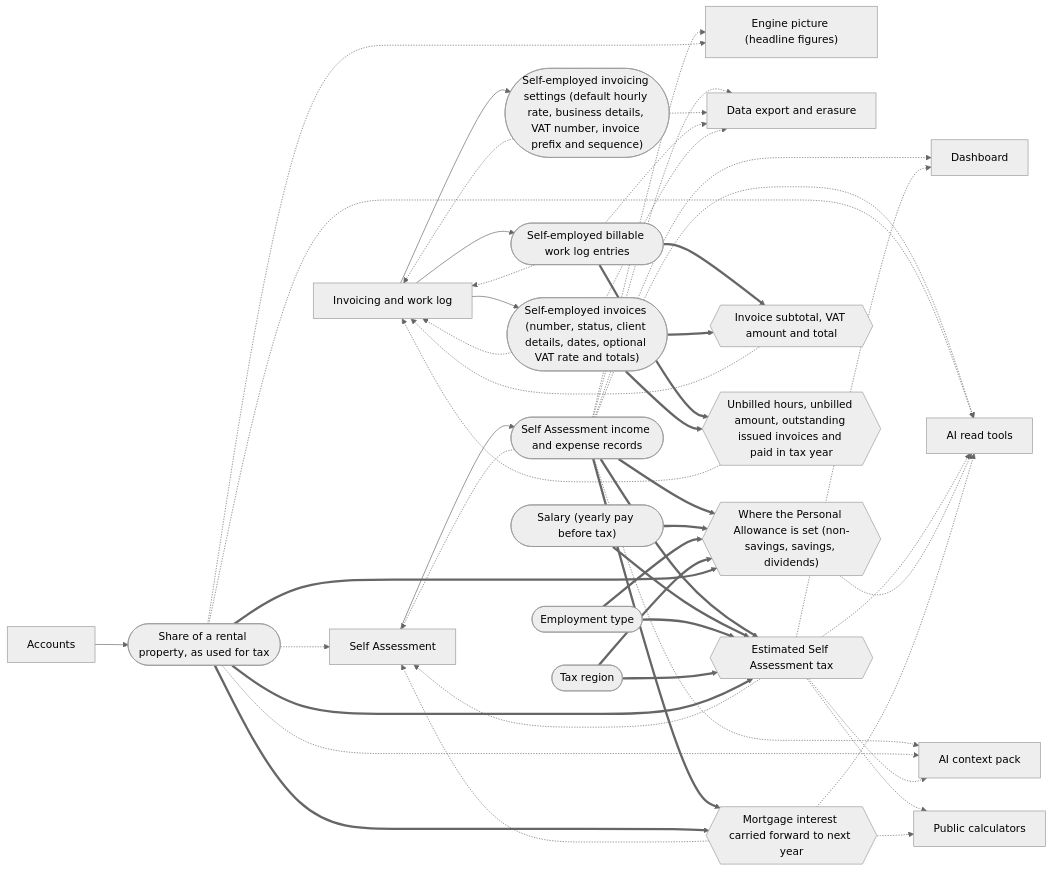
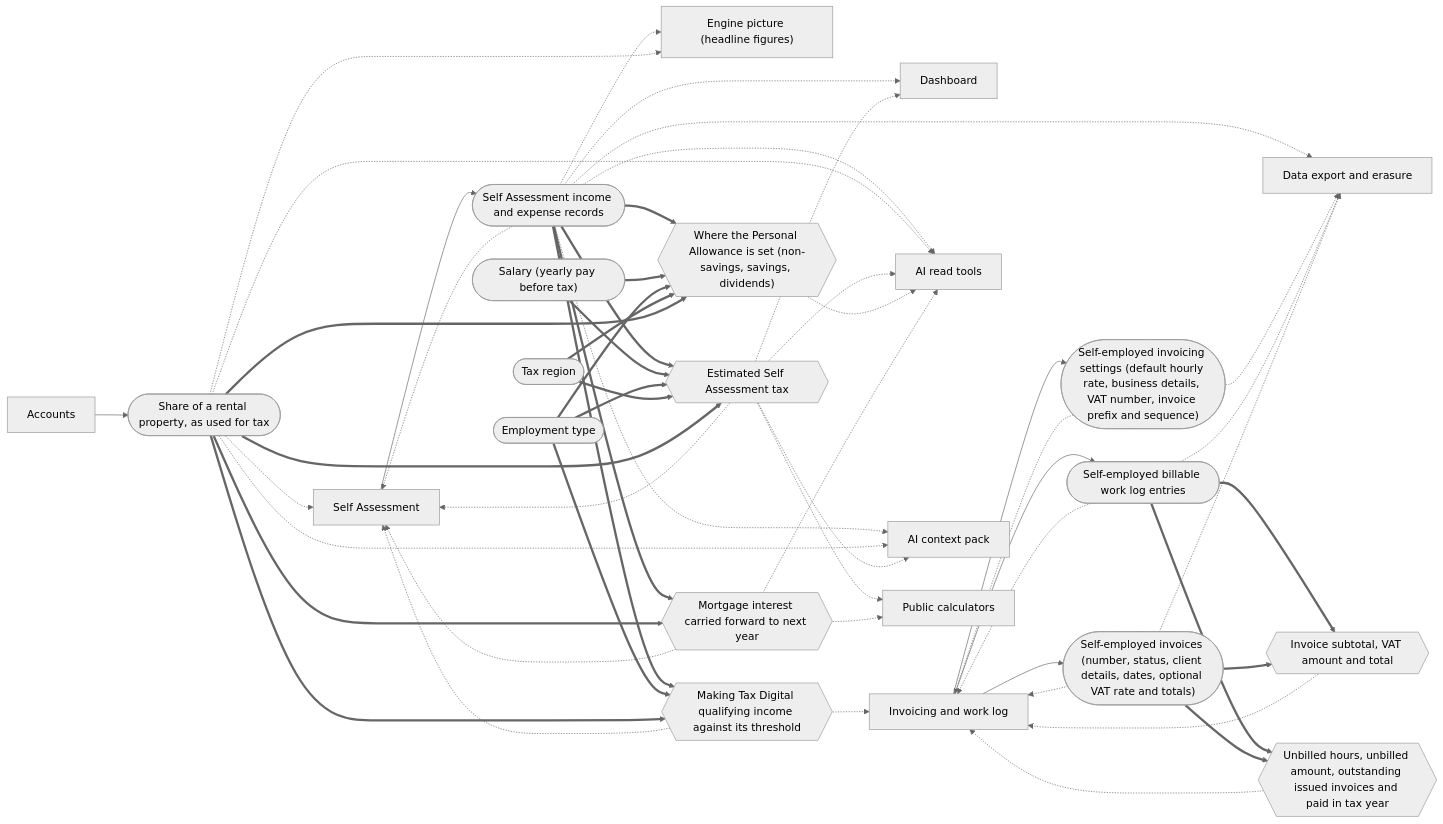
Before and after one commit to mgallagher56/flump: the sixth of 8 diagrams in docs/system/generated/connections.md, drawn with Mermaid (neutral theme). The commit also changed 32 other files, not shown here.

First line of the commit message:
feat(tax): Making Tax Digital notice on Self Assessment and Invoicing (E28 A1, A3)

````diff
--- a/docs/system/generated/connections.md
+++ b/docs/system/generated/connections.md
@@ -486,73 +486,79 @@
 ```mermaid
 flowchart LR
   s_dashboard["Dashboard"]
   s_accounts["Accounts"]
   s_self_assessment["Self Assessment"]
   s_invoicing["Invoicing and work log"]
   s_picture["Engine picture (headline figures)"]
   s_mcp_read["AI read tools"]
   s_context_pack["AI context pack"]
   s_public_tools["Public calculators"]
   s_export["Data export and erasure"]
   f_tax_records(["Self Assessment income and expense records"])
   s_self_assessment --> f_tax_records
   f_tax_records -.-> s_self_assessment
   f_tax_records -.-> s_picture
   f_tax_records -.-> s_dashboard
   f_tax_records -.-> s_mcp_read
   f_tax_records -.-> s_context_pack
   f_tax_records -.-> s_export
   f_rental_share_for_tax(["Share of a rental property, as used for tax"])
   s_accounts --> f_rental_share_for_tax
   f_rental_share_for_tax -.-> s_self_assessment
   f_rental_share_for_tax -.-> s_picture
   f_rental_share_for_tax -.-> s_mcp_read
   f_rental_share_for_tax -.-> s_context_pack
   f_invoicing_settings(["Self-employed invoicing settings (default hourly rate, business details, VAT number, invoice prefix and sequence)"])
   s_invoicing --> f_invoicing_settings
   f_invoicing_settings -.-> s_invoicing
   f_invoicing_settings -.-> s_export
   f_work_log_entries(["Self-employed billable work log entries"])
   s_invoicing --> f_work_log_entries
   f_work_log_entries -.-> s_invoicing
   f_work_log_entries -.-> s_export
   f_invoices(["Self-employed invoices (number, status, client details, dates, optional VAT rate and totals)"])
   s_invoicing --> f_invoices
   f_invoices -.-> s_invoicing
   f_invoices -.-> s_export
   g_estimated_tax{{"Estimated Self Assessment tax"}}
   f_tax_records ==> g_estimated_tax
   f_salary(["Salary (yearly pay before tax)"])
   f_salary ==> g_estimated_tax
   f_employment_type(["Employment type"])
   f_employment_type ==> g_estimated_tax
   f_tax_region(["Tax region"])
   f_tax_region ==> g_estimated_tax
   f_rental_share_for_tax ==> g_estimated_tax
   g_estimated_tax -.-> s_dashboard
   g_estimated_tax -.-> s_self_assessment
   g_estimated_tax -.-> s_mcp_read
   g_estimated_tax -.-> s_context_pack
   g_estimated_tax -.-> s_public_tools
   g_personal_allowance_allocation{{"Where the Personal Allowance is set (non-savings, savings, dividends)"}}
   f_tax_records ==> g_personal_allowance_allocation
   f_salary ==> g_personal_allowance_allocation
   f_employment_type ==> g_personal_allowance_allocation
   f_tax_region ==> g_personal_allowance_allocation
   f_rental_share_for_tax ==> g_personal_allowance_allocation
   g_personal_allowance_allocation -.-> s_mcp_read
   g_finance_costs_carried_forward{{"Mortgage interest carried forward to next year"}}
   f_tax_records ==> g_finance_costs_carried_forward
   f_rental_share_for_tax ==> g_finance_costs_carried_forward
   g_finance_costs_carried_forward -.-> s_self_assessment
   g_finance_costs_carried_forward -.-> s_mcp_read
   g_finance_costs_carried_forward -.-> s_public_tools
   g_invoice_totals{{"Invoice subtotal, VAT amount and total"}}
   f_work_log_entries ==> g_invoice_totals
   f_invoices ==> g_invoice_totals
   g_invoice_totals -.-> s_invoicing
   g_invoicing_kpis{{"Unbilled hours, unbilled amount, outstanding issued invoices and paid in tax year"}}
   f_work_log_entries ==> g_invoicing_kpis
   f_invoices ==> g_invoicing_kpis
   g_invoicing_kpis -.-> s_invoicing
+  g_mtd_qualifying_income{{"Making Tax Digital qualifying income against its threshold"}}
+  f_tax_records ==> g_mtd_qualifying_income
+  f_employment_type ==> g_mtd_qualifying_income
+  f_rental_share_for_tax ==> g_mtd_qualifying_income
+  g_mtd_qualifying_income -.-> s_self_assessment
+  g_mtd_qualifying_income -.-> s_invoicing
 ```
````
